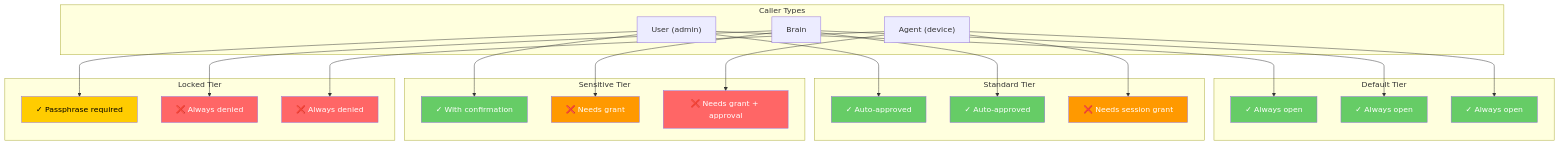
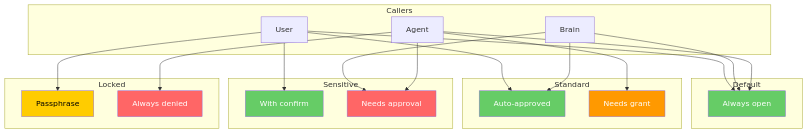
Before and after one commit to rajmohanutopai/dina: the fifth of 14 diagrams in docs/FLOW_DIAGRAMS.md, drawn with Mermaid. The commit also changed other lines of this file, not shown here.

First line of the commit message:
Rewrite flow diagrams: fix Mermaid errors, add examples, add new flows

````diff
--- a/docs/FLOW_DIAGRAMS.md
+++ b/docs/FLOW_DIAGRAMS.md
@@ -248,60 +170,49 @@
 ```mermaid
 flowchart TB
-    subgraph "Caller Types"
-        USER["User (admin)"]
-        BRAIN_C["Brain"]
-        AGENT["Agent (device)"]
+    subgraph Callers
+        U[User]
+        B[Brain]
+        A[Agent]
     end
 
-    subgraph "Default Tier"
-        D_U["✓ Always open"]
-        D_B["✓ Always open"]
-        D_A["✓ Always open"]
+    subgraph Default
+        D1[Always open]
     end
 
-    subgraph "Standard Tier"
-        S_U["✓ Auto-approved"]
-        S_B["✓ Auto-approved"]
-        S_A["❌ Needs session grant"]
+    subgraph Standard
+        S1[Auto-approved]
+        S2[Needs grant]
     end
 
-    subgraph "Sensitive Tier"
-        SE_U["✓ With confirmation"]
-        SE_B["❌ Needs grant"]
-        SE_A["❌ Needs grant + approval"]
+    subgraph Sensitive
+        SE1[With confirm]
+        SE2[Needs approval]
     end
 
-    subgraph "Locked Tier"
-        L_U["✓ Passphrase required"]
-        L_B["❌ Always denied"]
-        L_A["❌ Always denied"]
+    subgraph Locked
+        L1[Passphrase]
+        L2[Always denied]
     end
 
-    USER --> D_U
-    USER --> S_U
-    USER --> SE_U
-    USER --> L_U
+    U --> D1
+    U --> S1
+    U --> SE1
+    U --> L1
 
-    BRAIN_C --> D_B
-    BRAIN_C --> S_B
-    BRAIN_C --> SE_B
-    BRAIN_C --> L_B
+    B --> D1
+    B --> S1
+    B --> SE2
 
-    AGENT --> D_A
-    AGENT --> S_A
-    AGENT --> SE_A
-    AGENT --> L_A
+    A --> D1
+    A --> S2
+    A --> SE2
+    A --> L2
 
-    style D_U fill:#6c6,color:#fff
-    style D_B fill:#6c6,color:#fff
-    style D_A fill:#6c6,color:#fff
-    style S_U fill:#6c6,color:#fff
-    style S_B fill:#6c6,color:#fff
-    style S_A fill:#f90,color:#fff
-    style SE_U fill:#6c6,color:#fff
-    style SE_B fill:#f90,color:#fff
-    style SE_A fill:#f66,color:#fff
-    style L_U fill:#fc0,color:#000
-    style L_B fill:#f66,color:#fff
-    style L_A fill:#f66,color:#fff
+    style D1 fill:#6c6,color:#fff
+    style S1 fill:#6c6,color:#fff
+    style S2 fill:#f90,color:#fff
+    style SE1 fill:#6c6,color:#fff
+    style SE2 fill:#f66,color:#fff
+    style L1 fill:#fc0,color:#000
+    style L2 fill:#f66,color:#fff
 ```
````
